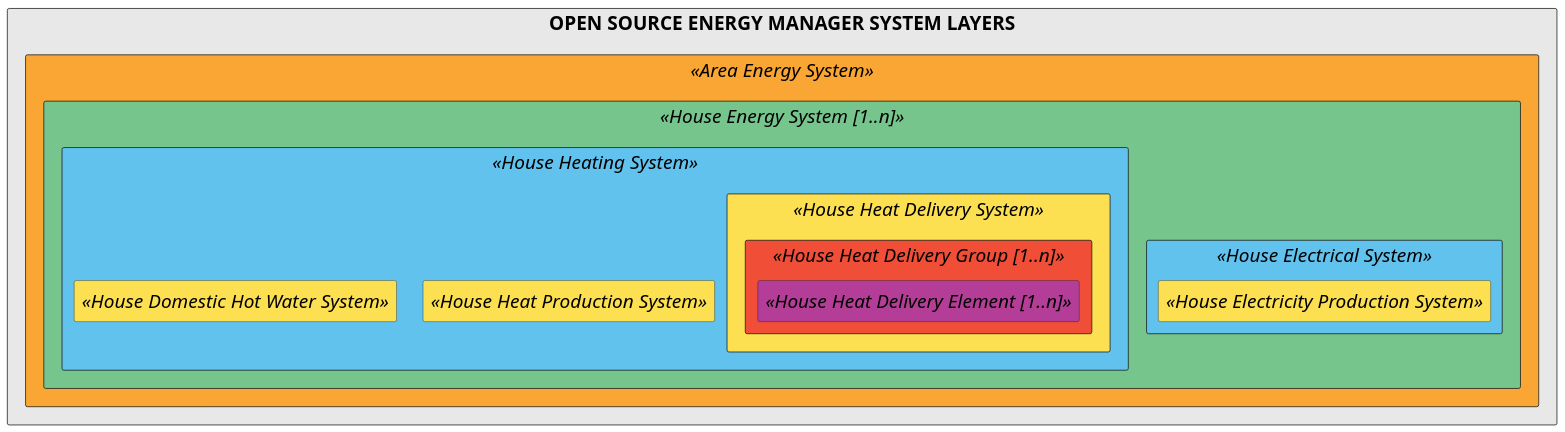
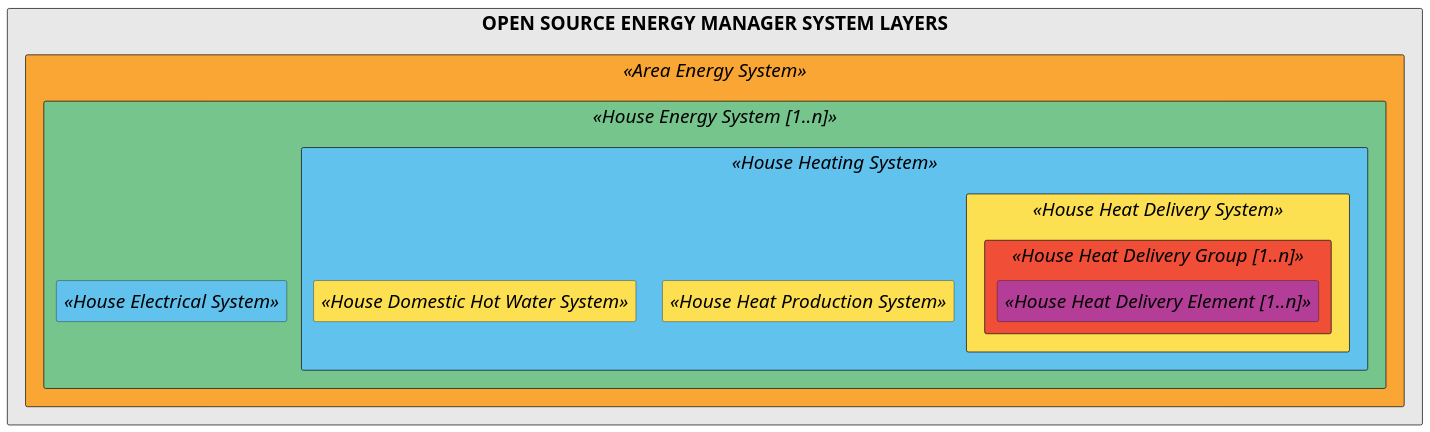
The diagram in ReferenceArchitecture/uml/20200623_system_layers_OSEM.puml (hancse/OSEM), drawn with PlantUML before and after one commit.

```diff
--- a/ReferenceArchitecture/uml/20200623_system_layers_OSEM.puml
+++ b/ReferenceArchitecture/uml/20200623_system_layers_OSEM.puml
@@ -1,47 +1,45 @@
 @startuml
 
 skinparam rectangle {
     BackgroundColor E8E8E8
     FontColor Black
     FontSize 25
     
     BackgroundColor<<Area Energy System>> faa634
 
     BackgroundColor<<House Energy System [1..n]>> 76c58c
 
     BackgroundColor<<House Heating System>> 61c2ee
     BackgroundColor<<House Electrical System>> 61c2ee
 
     BackgroundColor<<House Domestic Hot Water System>> fde051
     BackgroundColor<<House Heat Production System>> fde051
     BackgroundColor<<House Heat Delivery System>> fde051
     BackgroundColor<<House Electricity Production System>> fde051
     
     BackgroundColor<<House Heat Delivery Group [1..n]>> f04e37
     BackgroundColor<<House Heat Delivery Element [1..n]>> b43e97
 }
 
 rectangle "OPEN SOURCE ENERGY MANAGER SYSTEM LAYERS" {
     rectangle <<Area Energy System>> {
         rectangle <<House Energy System [1..n]>> {
             rectangle <<House Electrical System>> {
-                rectangle <<House Electricity Production System>> {
-                }
             }
             rectangle <<House Heating System>> {
                 rectangle <<House Heat Production System>> {
                 }
                 rectangle <<House Heat Delivery System>> {
                     rectangle <<House Heat Delivery Group [1..n]>> {
                         rectangle <<House Heat Delivery Element [1..n]>> {
                         }
                     }
                 }
                 rectangle <<House Domestic Hot Water System>> {
                 }
             }
         }
     }
 }
 
 @enduml
```
